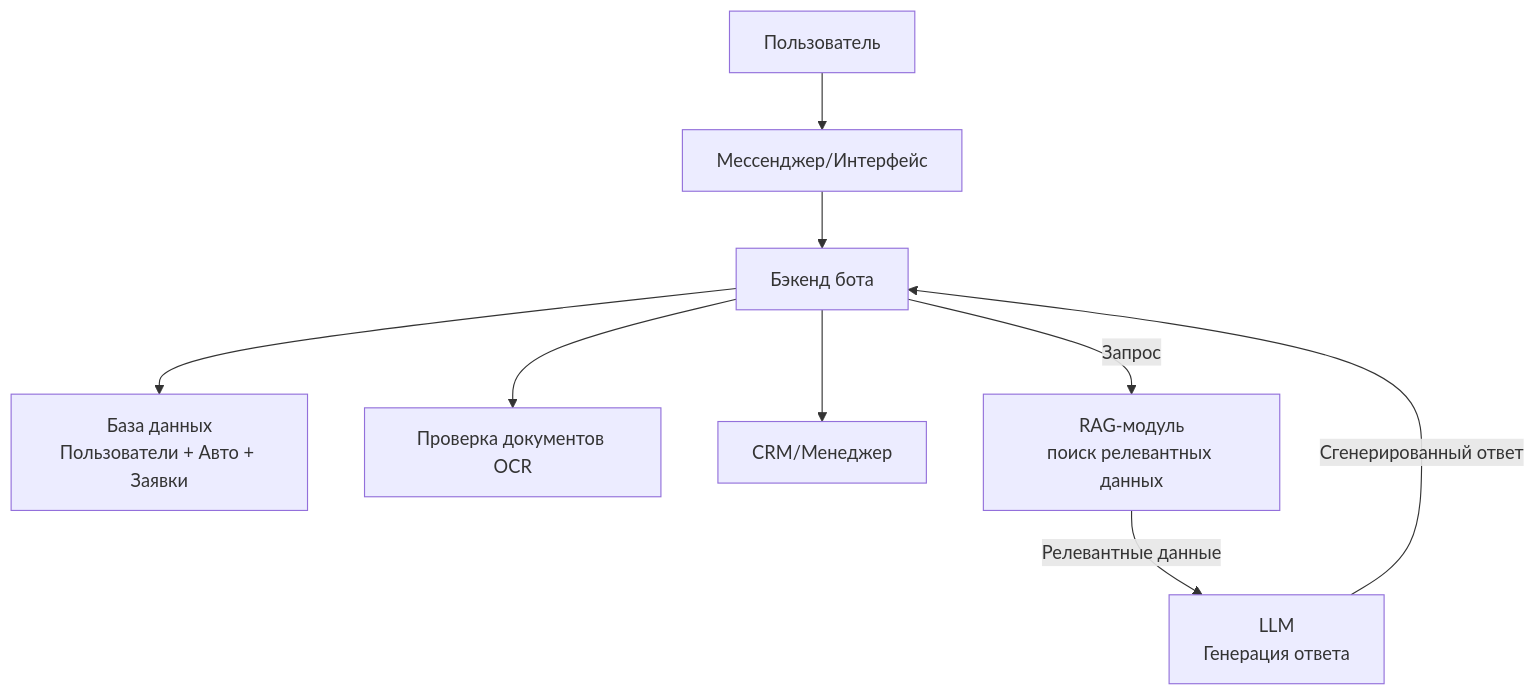
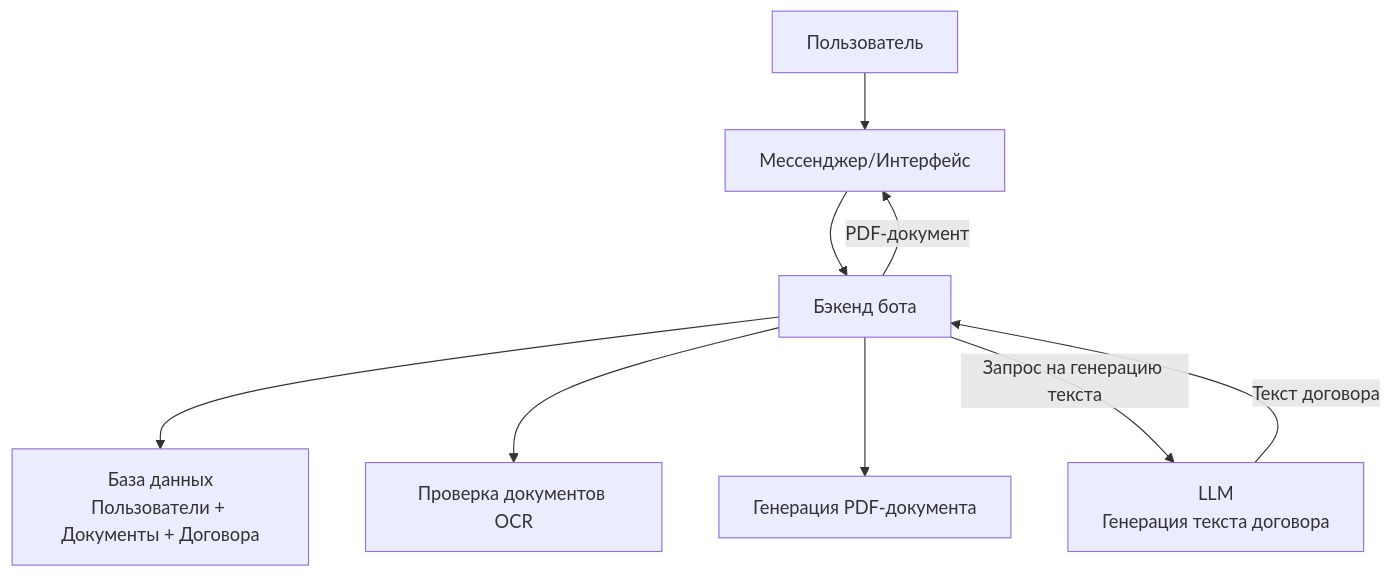
Before and after one commit to budkovmm/carsbot: the diagram in README.md, drawn with Mermaid. The commit also changed other lines of this file and 4 other files, not shown here.

````diff
--- a/README.md
+++ b/README.md
@@ -36,22 +28,20 @@
 ```mermaid
 flowchart TD
     user[Пользователь]
     messenger[Мессенджер/Интерфейс]
     backend[Бэкенд бота]
-    db[База данных<br/>Пользователи + Авто + Заявки]
+    db[База данных<br/>Пользователи + Документы + Договора]
     ocr[Проверка документов OCR]
-    crm[CRM/Менеджер]
-    rag[RAG-модуль<br/>поиск релевантных данных]
-    llm[LLM<br/>Генерация ответа]
+    pdf[Генерация PDF-документа]
+    llm[LLM<br/>Генерация текста договора]
 
     user --> messenger
     messenger --> backend
     backend --> db
     backend --> ocr
-    backend --> crm
+    backend --> pdf
 
-    %% Новый поток для сложных вопросов
-    backend -- "Запрос" --> rag
-    rag -- "Релевантные данные" --> llm
-    llm -- "Сгенерированный ответ" --> backend
+    backend -- "Запрос на генерацию текста" --> llm
+    llm -- "Текст договора" --> backend
+    backend -- "PDF-документ" --> messenger
 ```
````
